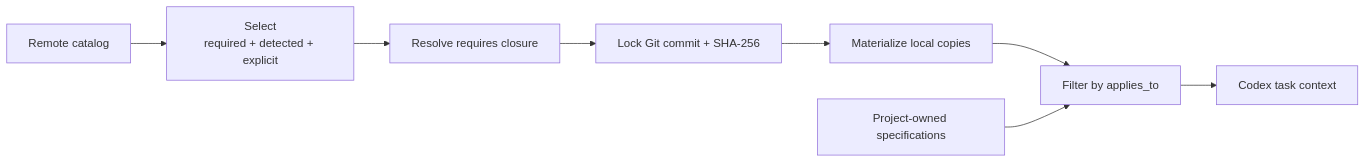
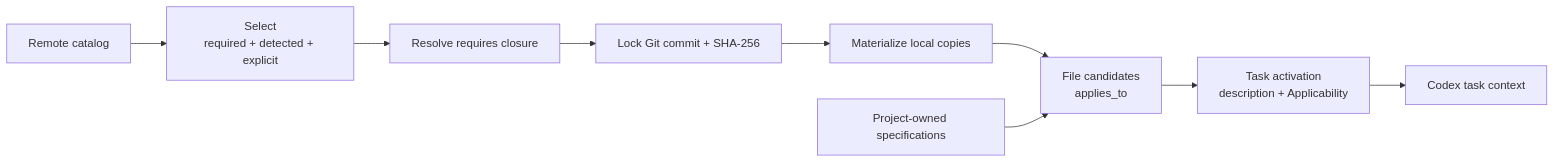
The second of 3 diagrams in docs/specification-model.md (XiaoWeiKIN/EngineeringSpecifications), drawn with Mermaid before and after one commit. The commit also changed other lines of this file and 22 other files, not shown here.

````diff
--- a/docs/specification-model.md
+++ b/docs/specification-model.md
@@ -95,10 +99,11 @@
 ```mermaid
 flowchart LR
     Catalog["Remote catalog"] --> Select["Select<br/>required + detected + explicit"]
     Select --> Closure["Resolve requires closure"]
     Closure --> Lock["Lock Git commit + SHA-256"]
     Lock --> Local["Materialize local copies"]
-    Local --> Scope["Filter by applies_to"]
+    Local --> Scope["File candidates<br/>applies_to"]
     Project["Project-owned specifications"] --> Scope
-    Scope --> Codex["Codex task context"]
+    Scope --> Activate["Task activation<br/>description + Applicability"]
+    Activate --> Codex["Codex task context"]
 ```
````
